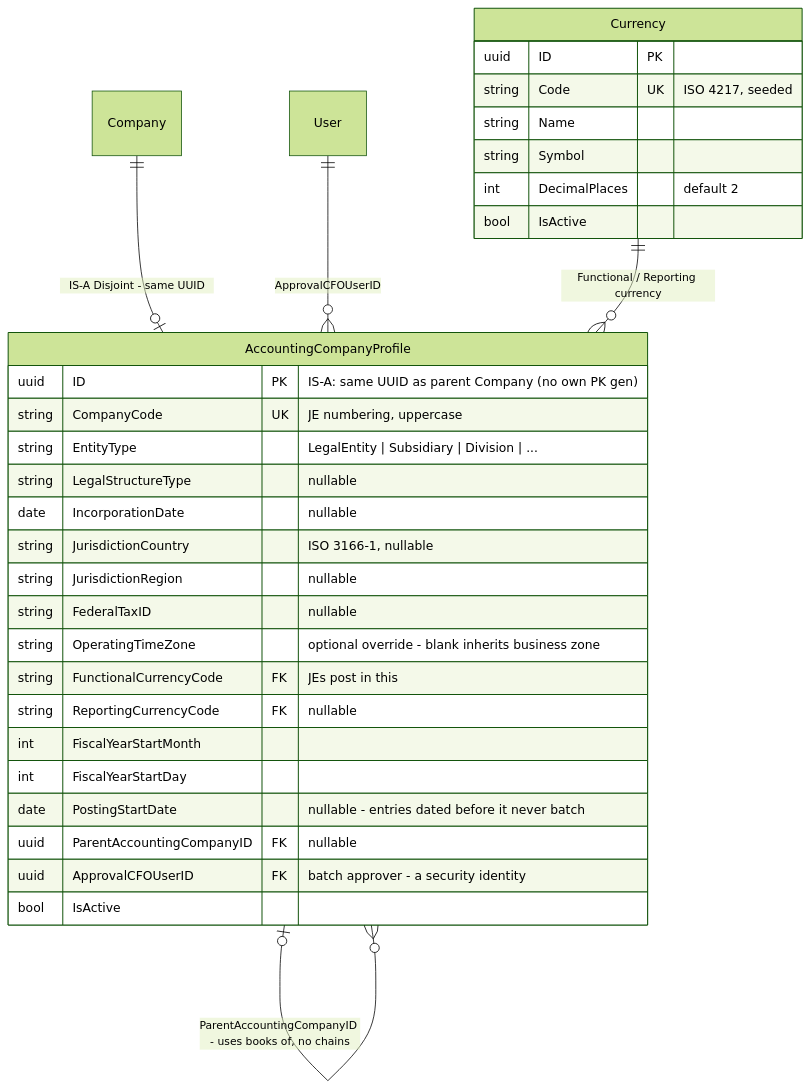
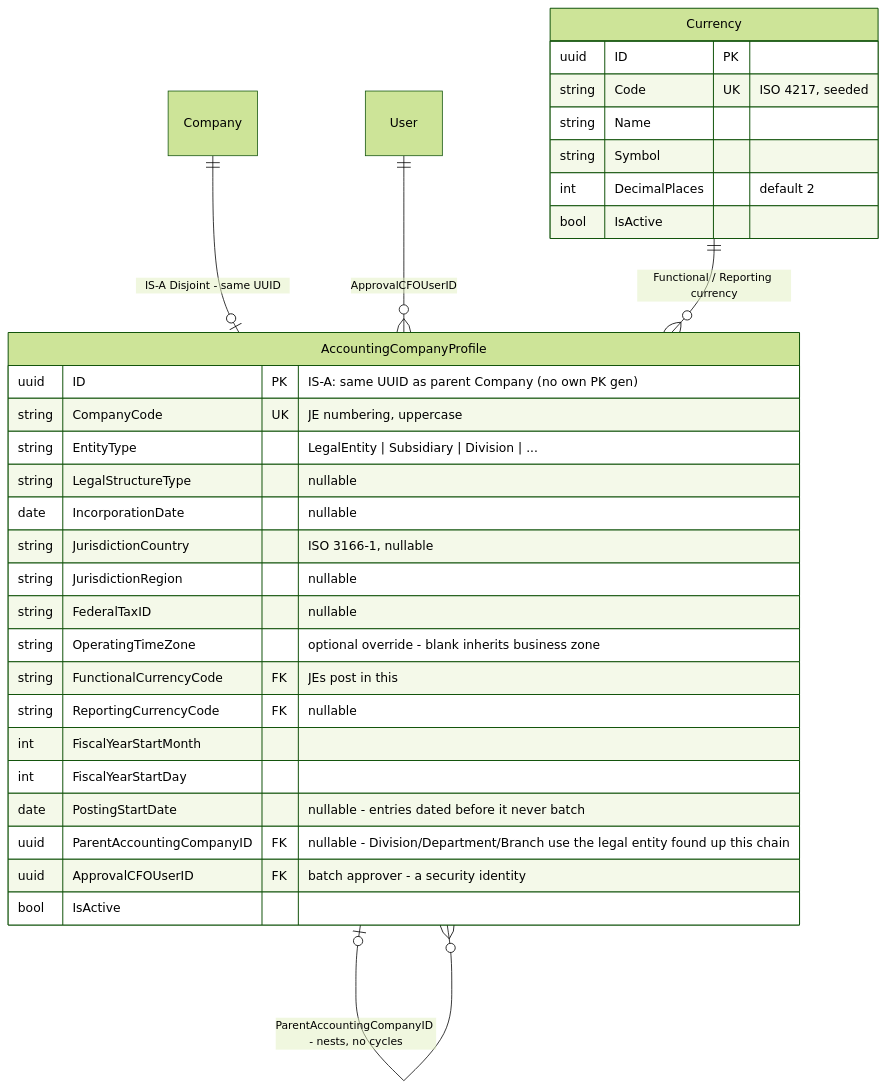
The third of 14 diagrams in docs/bizapps-accounting-erd.md (MemberJunction/bizapps-accounting), drawn with Mermaid (forest theme) before and after one commit. The commit also changed other lines of this file and 5 other files, not shown here.

First line of the commit message:
feat(accounting): company profile parents may nest; refuse cycles instead of chains

````diff
--- a/docs/bizapps-accounting-erd.md
+++ b/docs/bizapps-accounting-erd.md
@@ -493,35 +493,35 @@
 ```mermaid
 erDiagram
     Company ||--o| AccountingCompanyProfile : "IS-A Disjoint - same UUID"
     User ||--o{ AccountingCompanyProfile : "ApprovalCFOUserID"
     Currency ||--o{ AccountingCompanyProfile : "Functional / Reporting currency"
-    AccountingCompanyProfile |o--o{ AccountingCompanyProfile : "ParentAccountingCompanyID - uses books of, no chains"
+    AccountingCompanyProfile |o--o{ AccountingCompanyProfile : "ParentAccountingCompanyID - nests, no cycles"
 
     AccountingCompanyProfile {
         uuid ID PK "IS-A: same UUID as parent Company (no own PK gen)"
         string CompanyCode UK "JE numbering, uppercase"
         string EntityType "LegalEntity | Subsidiary | Division | ..."
         string LegalStructureType "nullable"
         date IncorporationDate "nullable"
         string JurisdictionCountry "ISO 3166-1, nullable"
         string JurisdictionRegion "nullable"
         string FederalTaxID "nullable"
         string OperatingTimeZone "optional override - blank inherits business zone"
         string FunctionalCurrencyCode FK "JEs post in this"
         string ReportingCurrencyCode FK "nullable"
         int FiscalYearStartMonth
         int FiscalYearStartDay
         date PostingStartDate "nullable - entries dated before it never batch"
-        uuid ParentAccountingCompanyID FK "nullable"
+        uuid ParentAccountingCompanyID FK "nullable - Division/Department/Branch use the legal entity found up this chain"
         uuid ApprovalCFOUserID FK "batch approver - a security identity"
         bool IsActive
     }
     Currency {
         uuid ID PK
         string Code UK "ISO 4217, seeded"
         string Name
         string Symbol
         int DecimalPlaces "default 2"
         bool IsActive
     }
 ```
````
